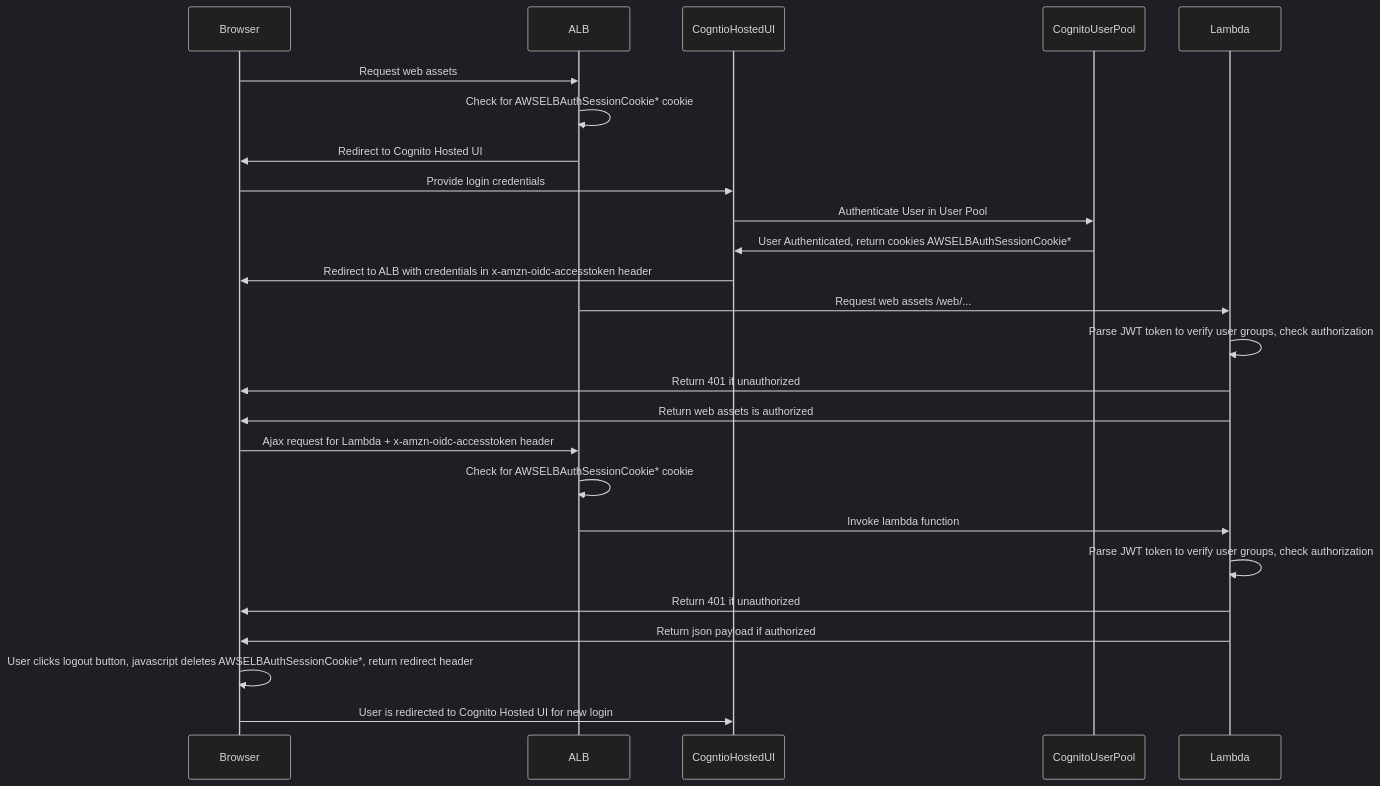
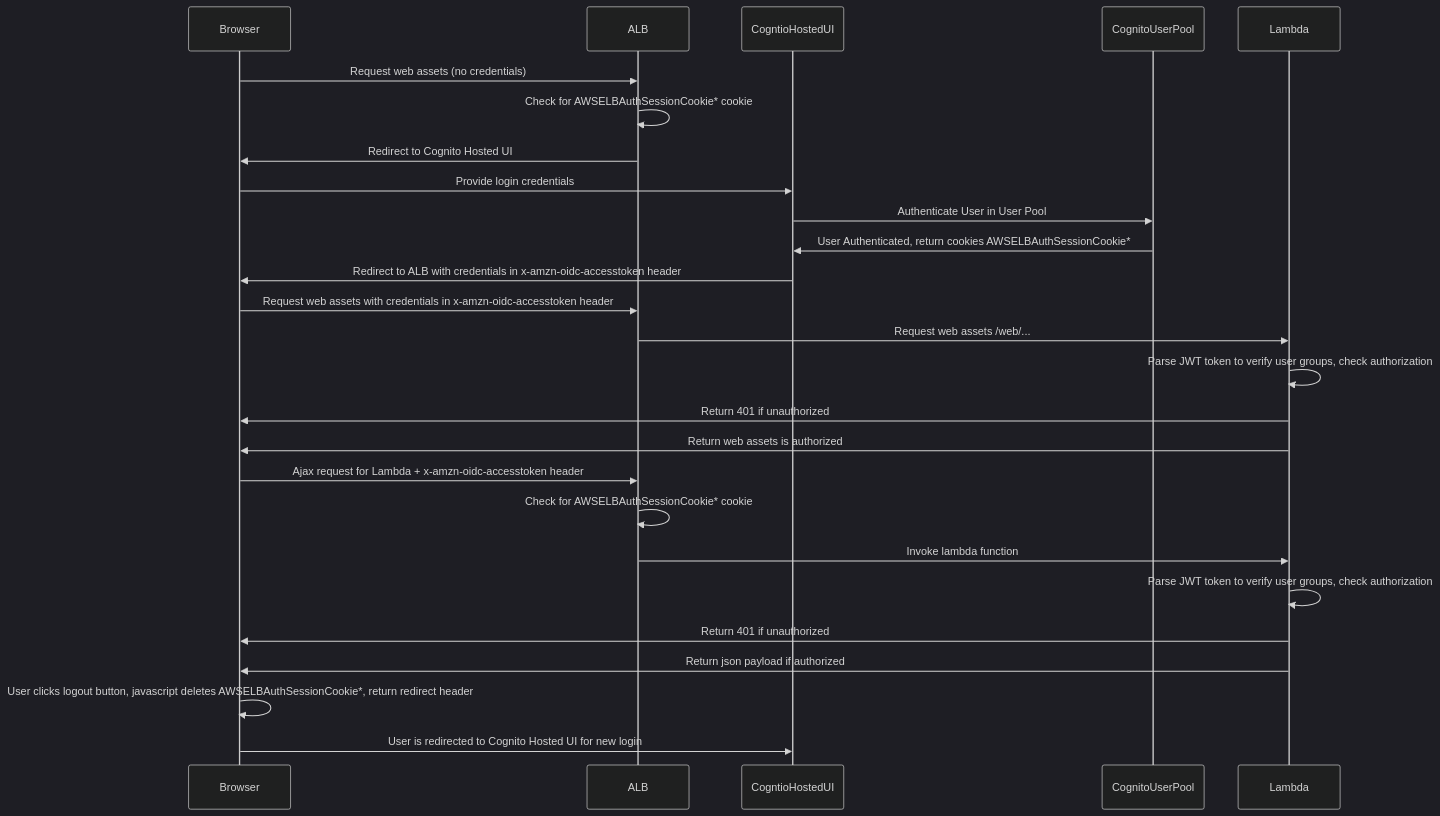
The diagram in alb-intercept/app.mmd (terrywbrady/cognito-js-app), drawn with Mermaid (dark theme) before and after one commit. The commit also changed 1 other file, not shown here.

```diff
--- a/alb-intercept/app.mmd
+++ b/alb-intercept/app.mmd
@@ -1,20 +1,21 @@
 sequenceDiagram
-    Browser->>ALB: Request web assets
+    Browser->>ALB: Request web assets (no credentials)
     ALB->>ALB: Check for AWSELBAuthSessionCookie* cookie
     ALB->>Browser: Redirect to Cognito Hosted UI
     Browser->>CogntioHostedUI: Provide login credentials
     CogntioHostedUI->>CognitoUserPool: Authenticate User in User Pool 
     CognitoUserPool->>CogntioHostedUI: User Authenticated, return cookies AWSELBAuthSessionCookie*
     CogntioHostedUI->>Browser: Redirect to ALB with credentials in x-amzn-oidc-accesstoken header
+    Browser->>ALB: Request web assets with credentials in x-amzn-oidc-accesstoken header
     ALB->>Lambda: Request web assets /web/...
     Lambda->>Lambda: Parse JWT token to verify user groups, check authorization
     Lambda->>Browser: Return 401 if unauthorized
     Lambda->>Browser: Return web assets is authorized
     Browser->>ALB: Ajax request for Lambda + x-amzn-oidc-accesstoken header
     ALB->>ALB: Check for AWSELBAuthSessionCookie* cookie
     ALB->>Lambda: Invoke lambda function
     Lambda->>Lambda: Parse JWT token to verify user groups, check authorization
     Lambda->>Browser: Return 401 if unauthorized
     Lambda->>Browser: Return json payload if authorized
     Browser->>Browser: User clicks logout button, javascript deletes AWSELBAuthSessionCookie*, return redirect header
     Browser->>CogntioHostedUI: User is redirected to Cognito Hosted UI for new login
```
